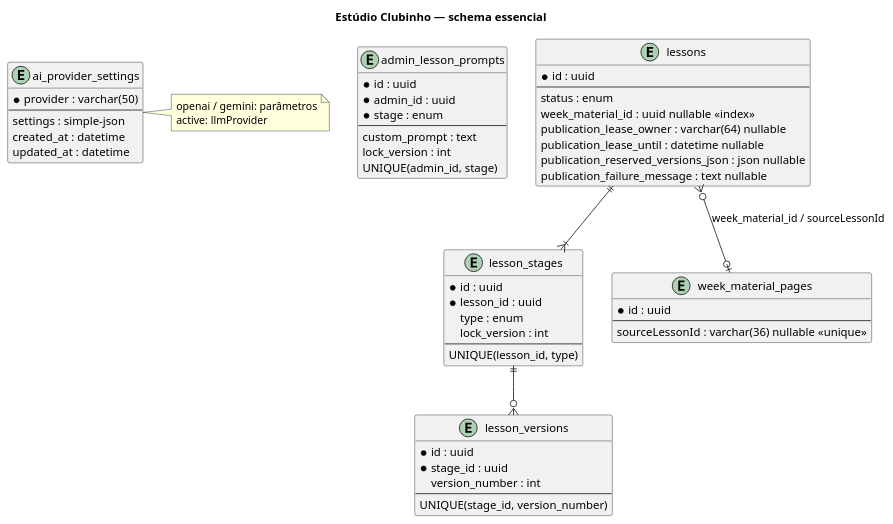
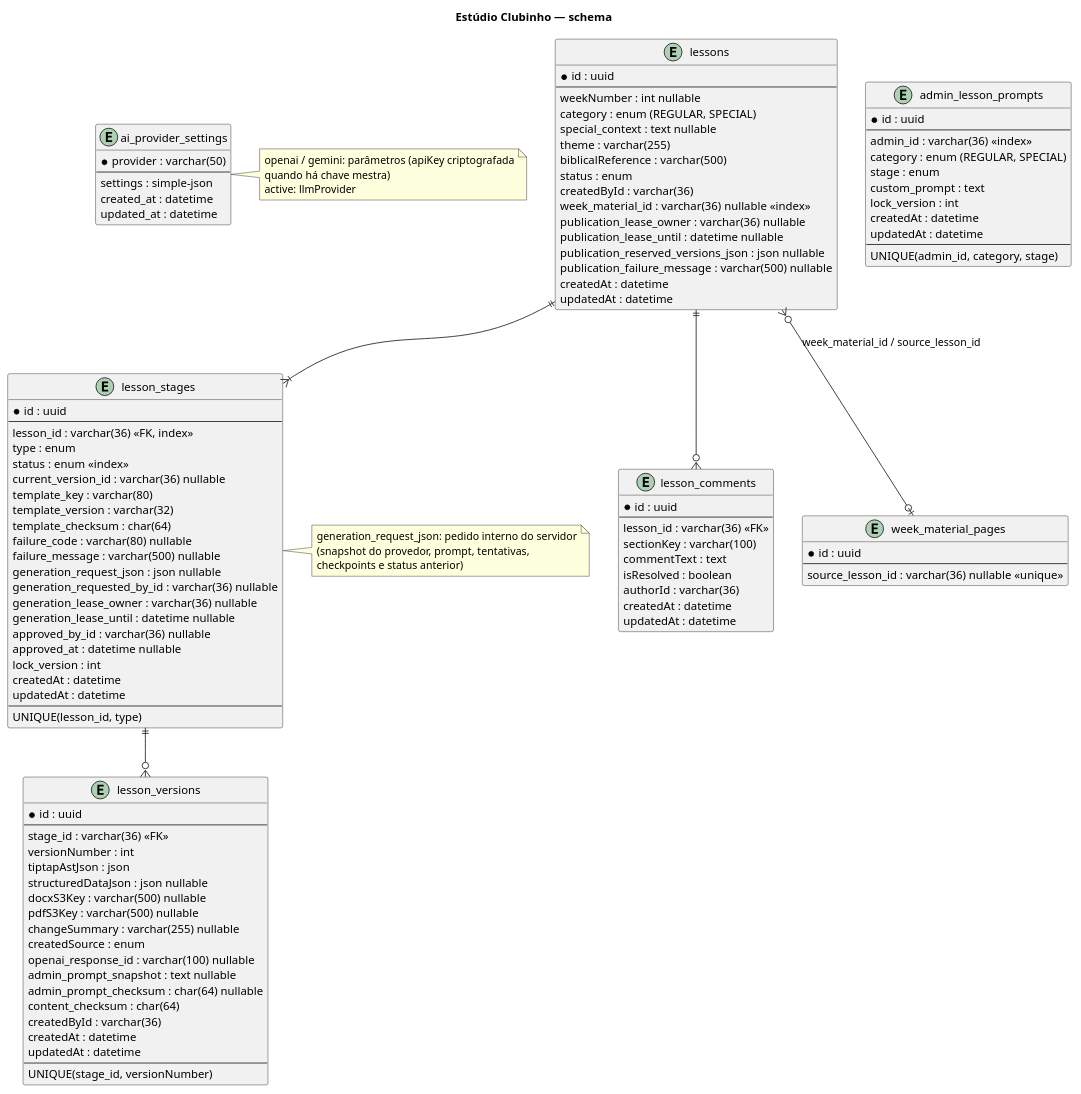
One commit to ministerioclubinhos/clubinhonib-api changed the diagram in docs/diagrams/database/ai-lessons-schema.puml. Above: the diagram before and after it, drawn with PlantUML. The commit also changed 183 other files, not shown here.

```diff
--- a/docs/diagrams/database/ai-lessons-schema.puml
+++ b/docs/diagrams/database/ai-lessons-schema.puml
@@ -1,56 +1,116 @@
 @startuml
-title Estúdio Clubinho — schema essencial
+title Estúdio Clubinho — schema
 entity ai_provider_settings {
   * provider : varchar(50)
   --
   settings : simple-json
   created_at : datetime
   updated_at : datetime
 }
 note right of ai_provider_settings
-  openai / gemini: parâmetros
+  openai / gemini: parâmetros (apiKey criptografada
+  quando há chave mestra)
   active: llmProvider
 end note
 entity admin_lesson_prompts {
   * id : uuid
-  * admin_id : uuid
-  * stage : enum
   --
+  admin_id : varchar(36) <<index>>
+  category : enum (REGULAR, SPECIAL)
+  stage : enum
   custom_prompt : text
   lock_version : int
-  UNIQUE(admin_id, stage)
+  createdAt : datetime
+  updatedAt : datetime
+  --
+  UNIQUE(admin_id, category, stage)
 }
 entity lessons {
   * id : uuid
   --
+  weekNumber : int nullable
+  category : enum (REGULAR, SPECIAL)
+  special_context : text nullable
+  theme : varchar(255)
+  biblicalReference : varchar(500)
   status : enum
-  week_material_id : uuid nullable <<index>>
-  publication_lease_owner : varchar(64) nullable
+  createdById : varchar(36)
+  week_material_id : varchar(36) nullable <<index>>
+  publication_lease_owner : varchar(36) nullable
   publication_lease_until : datetime nullable
   publication_reserved_versions_json : json nullable
-  publication_failure_message : text nullable
+  publication_failure_message : varchar(500) nullable
+  createdAt : datetime
+  updatedAt : datetime
 }
 entity lesson_stages {
   * id : uuid
-  * lesson_id : uuid
+  --
+  lesson_id : varchar(36) <<FK, index>>
   type : enum
+  status : enum <<index>>
+  current_version_id : varchar(36) nullable
+  template_key : varchar(80)
+  template_version : varchar(32)
+  template_checksum : char(64)
+  failure_code : varchar(80) nullable
+  failure_message : varchar(500) nullable
+  generation_request_json : json nullable
+  generation_requested_by_id : varchar(36) nullable
+  generation_lease_owner : varchar(36) nullable
+  generation_lease_until : datetime nullable
+  approved_by_id : varchar(36) nullable
+  approved_at : datetime nullable
   lock_version : int
+  createdAt : datetime
+  updatedAt : datetime
   --
   UNIQUE(lesson_id, type)
 }
+note right of lesson_stages
+  generation_request_json: pedido interno do servidor
+  (snapshot do provedor, prompt, tentativas,
+  checkpoints e status anterior)
+end note
 entity lesson_versions {
   * id : uuid
-  * stage_id : uuid
-  version_number : int
   --
-  UNIQUE(stage_id, version_number)
+  stage_id : varchar(36) <<FK>>
+  versionNumber : int
+  tiptapAstJson : json
+  structuredDataJson : json nullable
+  docxS3Key : varchar(500) nullable
+  pdfS3Key : varchar(500) nullable
+  changeSummary : varchar(255) nullable
+  createdSource : enum
+  openai_response_id : varchar(100) nullable
+  admin_prompt_snapshot : text nullable
+  admin_prompt_checksum : char(64) nullable
+  content_checksum : char(64)
+  createdById : varchar(36)
+  createdAt : datetime
+  updatedAt : datetime
+  --
+  UNIQUE(stage_id, versionNumber)
+}
+entity lesson_comments {
+  * id : uuid
+  --
+  lesson_id : varchar(36) <<FK>>
+  sectionKey : varchar(100)
+  commentText : text
+  isResolved : boolean
+  authorId : varchar(36)
+  createdAt : datetime
+  updatedAt : datetime
 }
 entity week_material_pages {
   * id : uuid
   --
-  sourceLessonId : varchar(36) nullable <<unique>>
+  source_lesson_id : varchar(36) nullable <<unique>>
 }
 lessons ||--|{ lesson_stages
+lessons ||--o{ lesson_comments
 lesson_stages ||--o{ lesson_versions
-lessons }o--o| week_material_pages : week_material_id / sourceLessonId
+lessons }o--o| week_material_pages : week_material_id / source_lesson_id
 @enduml
```
